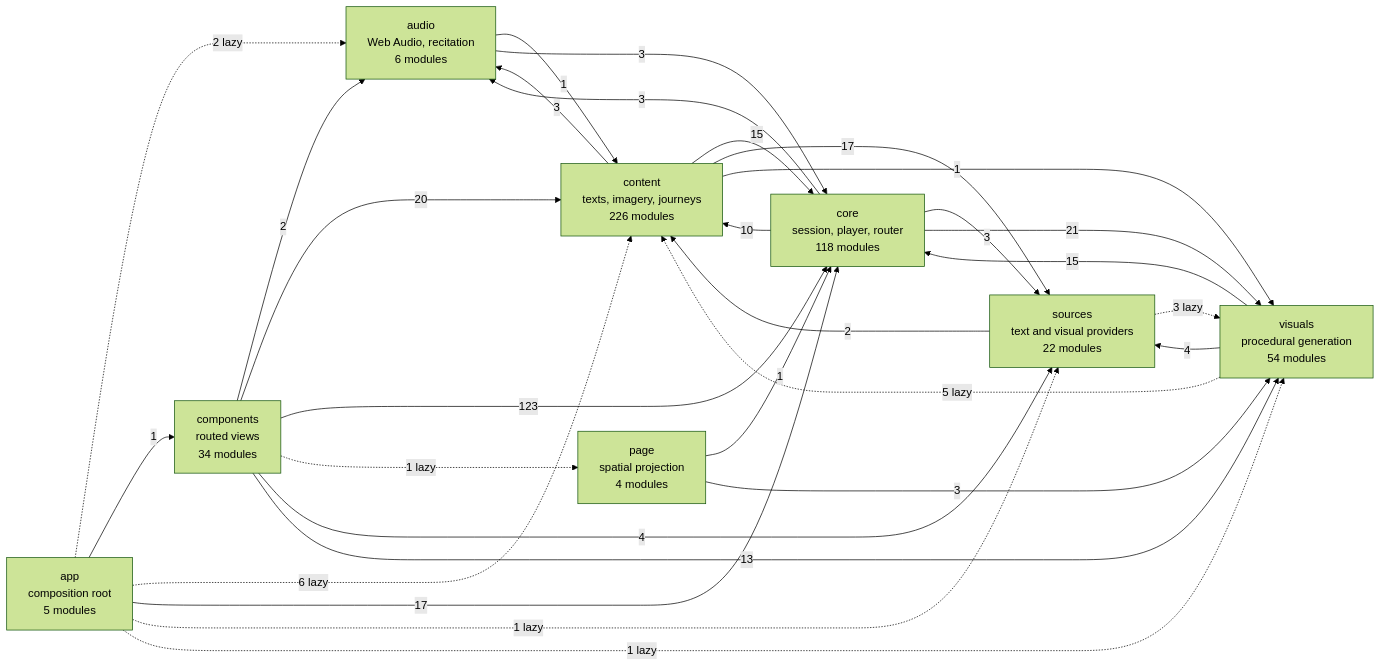
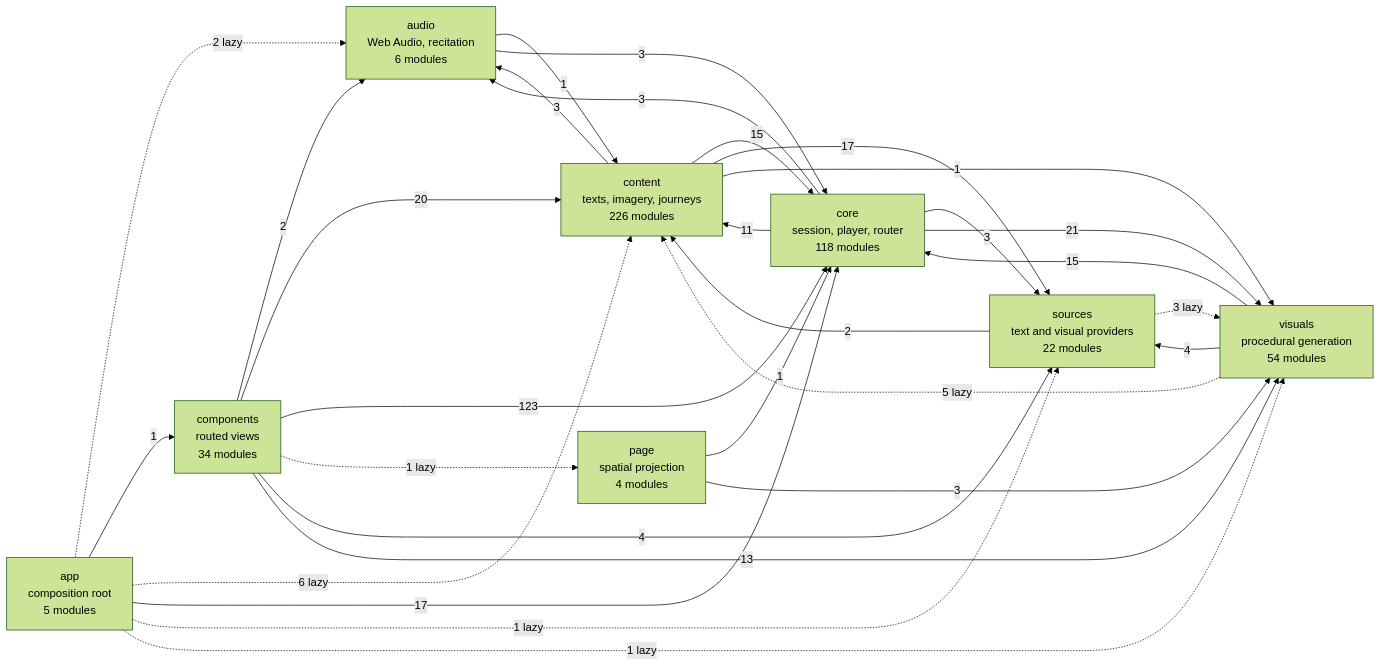
One commit to SyberLabs/RISE changed the diagram in docs/specs/ARCHITECTURE.md. Above: the diagram before and after it, drawn with Mermaid (forest theme). The commit also changed 4 other files, not shown here.

````diff
--- a/docs/specs/ARCHITECTURE.md
+++ b/docs/specs/ARCHITECTURE.md
@@ -149,41 +149,41 @@
 ```mermaid
 flowchart LR
     app["app<br/>composition root<br/>5 modules"]
     audio["audio<br/>Web Audio, recitation<br/>6 modules"]
     components["components<br/>routed views<br/>34 modules"]
     content["content<br/>texts, imagery, journeys<br/>226 modules"]
     core["core<br/>session, player, router<br/>118 modules"]
     page["page<br/>spatial projection<br/>4 modules"]
     sources["sources<br/>text and visual providers<br/>22 modules"]
     visuals["visuals<br/>procedural generation<br/>54 modules"]
 
     app -.-> |2 lazy| audio
     app --> |1| components
     app -.-> |6 lazy| content
     app --> |17| core
     app -.-> |1 lazy| sources
     app -.-> |1 lazy| visuals
     audio --> |1| content
     audio --> |3| core
     components --> |2| audio
     components --> |20| content
     components --> |123| core
     components -.-> |1 lazy| page
     components --> |4| sources
     components --> |13| visuals
     content --> |3| audio
     content --> |15| core
     content --> |17| sources
     content --> |1| visuals
     core --> |3| audio
-    core --> |10| content
+    core --> |11| content
     core --> |3| sources
     core --> |21| visuals
     page --> |1| core
     page --> |3| visuals
     sources --> |2| content
     sources -.-> |3 lazy| visuals
     visuals -.-> |5 lazy| content
     visuals --> |15| core
     visuals --> |4| sources
 ```
````
